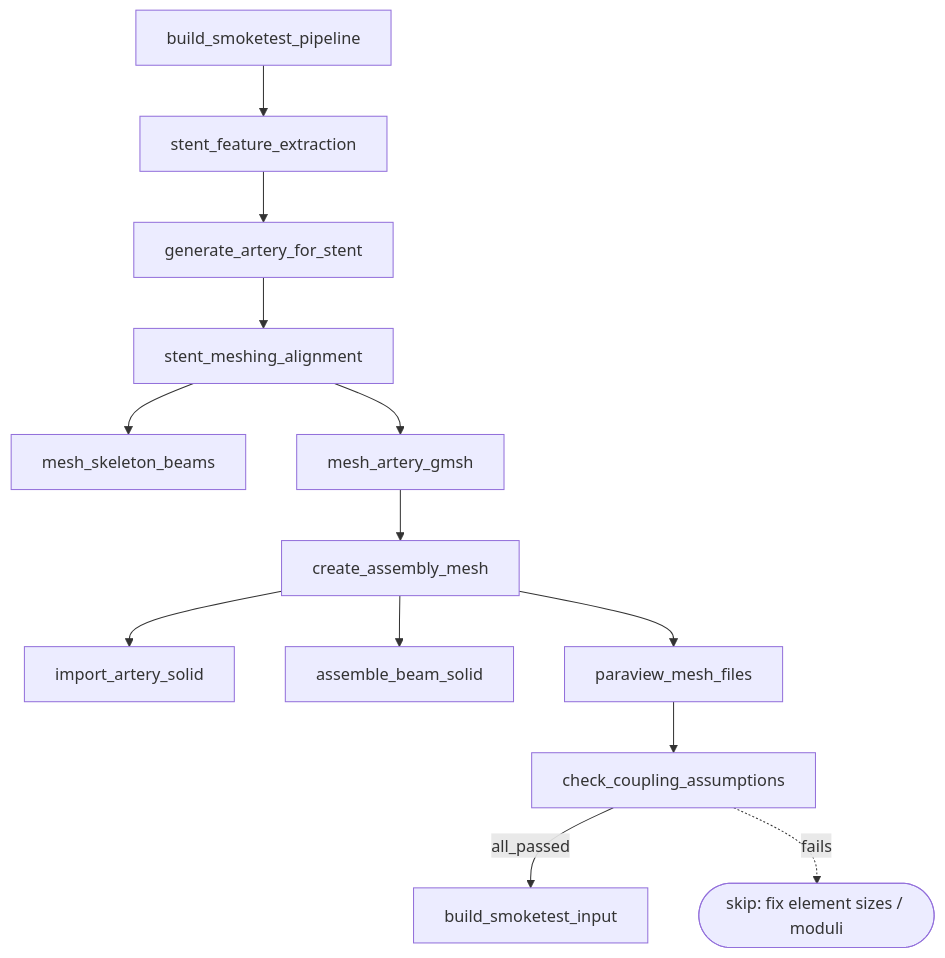
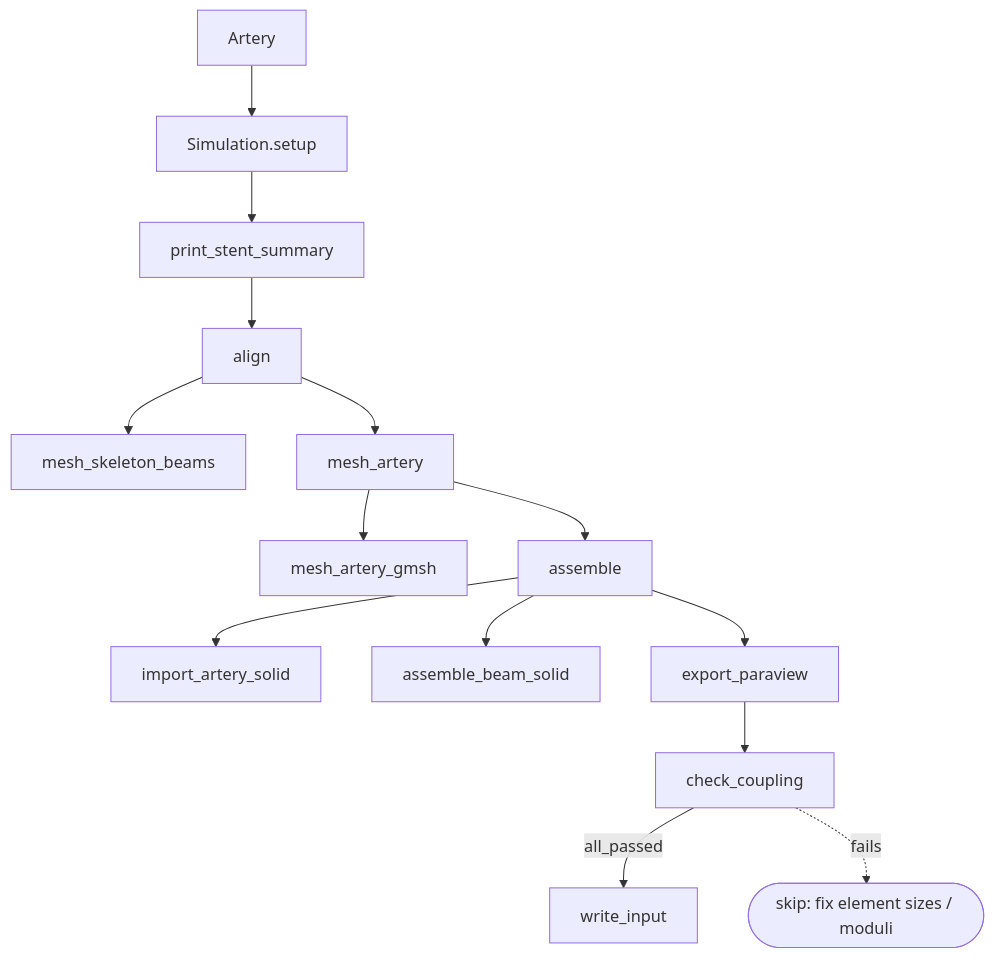
One commit to VuralAktas/stentFIT changed the second of 2 diagrams in docs/workflow.md. Above: the diagram before and after it, drawn with Mermaid. The commit also changed other lines of this file and 2 other files, not shown here.

````diff
--- a/docs/workflow.md
+++ b/docs/workflow.md
@@ -81,15 +78,16 @@
 ```{mermaid}
 graph TD
-    S[build_smoketest_pipeline] --> S1[stent_feature_extraction]
-    S1 --> S2[generate_artery_for_stent]
-    S2 --> S3[stent_meshing_alignment]
-    S3 --> S3a[mesh_skeleton_beams]
-    S3 --> S4[mesh_artery_gmsh]
-    S4 --> S5[create_assembly_mesh]
-    S5 --> S5a[import_artery_solid]
-    S5 --> S5b[assemble_beam_solid]
-    S5 --> S6[paraview_mesh_files]
-    S6 --> S7[check_coupling_assumptions]
-    S7 -->|all_passed| S8[build_smoketest_input]
-    S7 -.->|fails| S9([skip: fix element sizes / moduli])
+    A[Artery] --> S[Simulation.setup]
+    S --> S1[print_stent_summary]
+    S1 --> S2[align]
+    S2 --> S2a[mesh_skeleton_beams]
+    S2 --> S3[mesh_artery]
+    S3 --> S3a[mesh_artery_gmsh]
+    S3 --> S4[assemble]
+    S4 --> S4a[import_artery_solid]
+    S4 --> S4b[assemble_beam_solid]
+    S4 --> S5[export_paraview]
+    S5 --> S6[check_coupling]
+    S6 -->|all_passed| S7[write_input]
+    S6 -.->|fails| S8([skip: fix element sizes / moduli])
 ```
````
